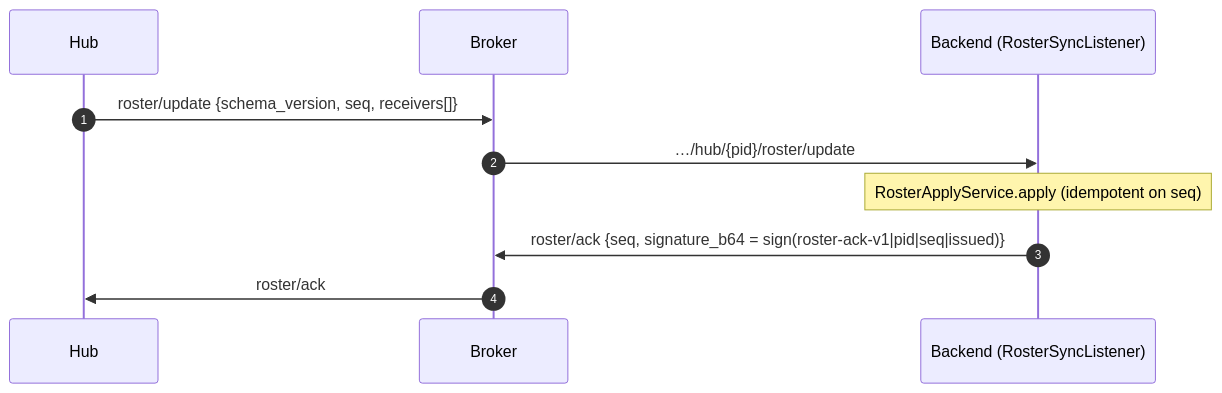
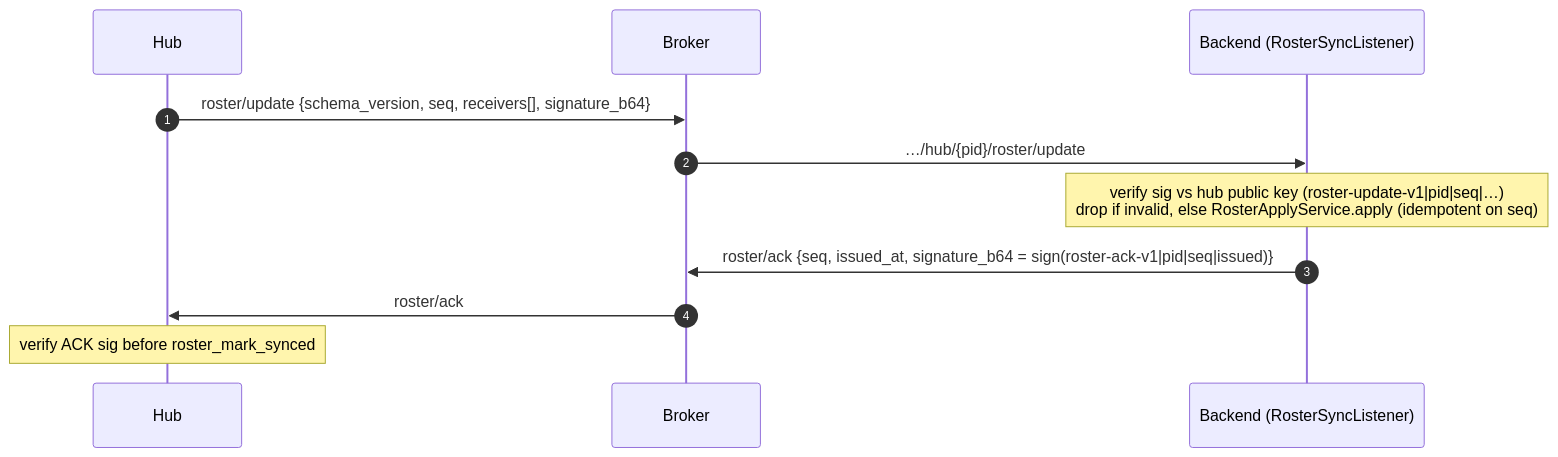
One commit to Thomas-Hoang-04/notiguide changed the third of 4 diagrams in docs/walkthrough/MQTT Communication Walkthrough.md. Above: the diagram before and after it, drawn with Mermaid. The commit also changed other lines of this file and 3 other files, not shown here.

Commit message:
feat: update MQTT schema and add device signature verification

````diff
--- a/docs/walkthrough/MQTT Communication Walkthrough.md
+++ b/docs/walkthrough/MQTT Communication Walkthrough.md
@@ -348,12 +408,13 @@
 ```mermaid
 sequenceDiagram
     autonumber
     participant H as Hub
     participant B as Broker
     participant S as Backend (RosterSyncListener)
-    H->>B: roster/update {schema_version, seq, receivers[]}
+    H->>B: roster/update {schema_version, seq, receivers[], signature_b64}
     B->>S: …/hub/{pid}/roster/update
-    Note over S: RosterApplyService.apply (idempotent on seq)
-    S->>B: roster/ack {seq, signature_b64 = sign(roster-ack-v1|pid|seq|issued)}
+    Note over S: verify sig vs hub public key (roster-update-v1|pid|seq|…)<br/>drop if invalid, else RosterApplyService.apply (idempotent on seq)
+    S->>B: roster/ack {seq, issued_at, signature_b64 = sign(roster-ack-v1|pid|seq|issued)}
     B->>H: roster/ack
+    Note over H: verify ACK sig before roster_mark_synced
 ```
````
